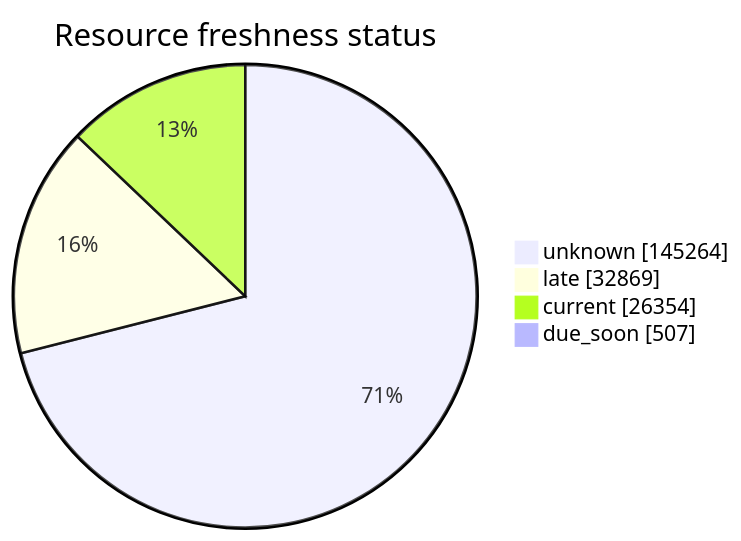
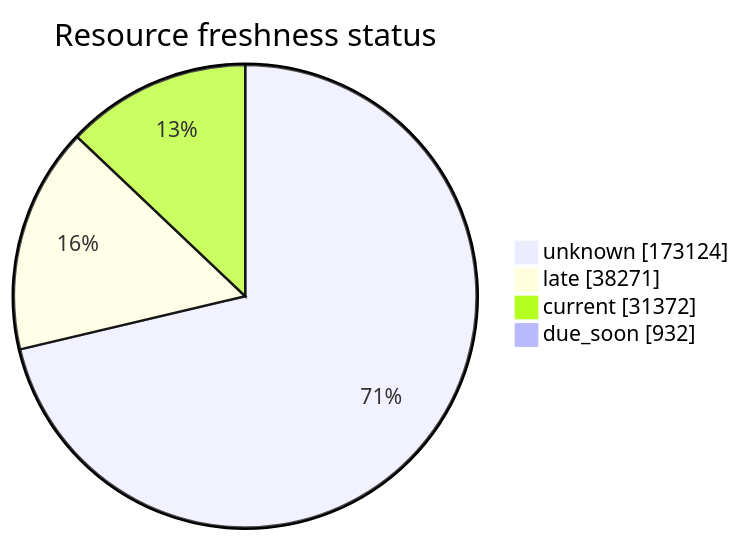
One commit to open-data/analytics-corporate-reporting changed the third of 5 diagrams in FreshCheck/README.md. Above: the diagram before and after it, drawn with Mermaid. The commit also changed other lines of this file and 3 other files, not shown here.

````diff
--- a/FreshCheck/README.md
+++ b/FreshCheck/README.md
@@ -77,7 +77,7 @@
 ```mermaid
 pie showData title Resource freshness status
-    "unknown": 145264
-    "late": 32869
-    "current": 26354
-    "due_soon": 507
+    "unknown": 173124
+    "late": 38271
+    "current": 31372
+    "due_soon": 932
 ```
````
